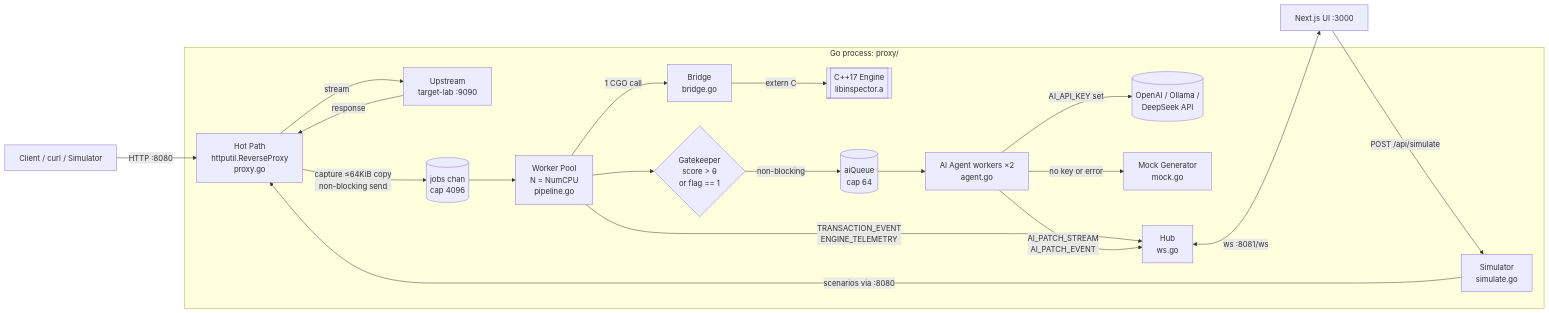
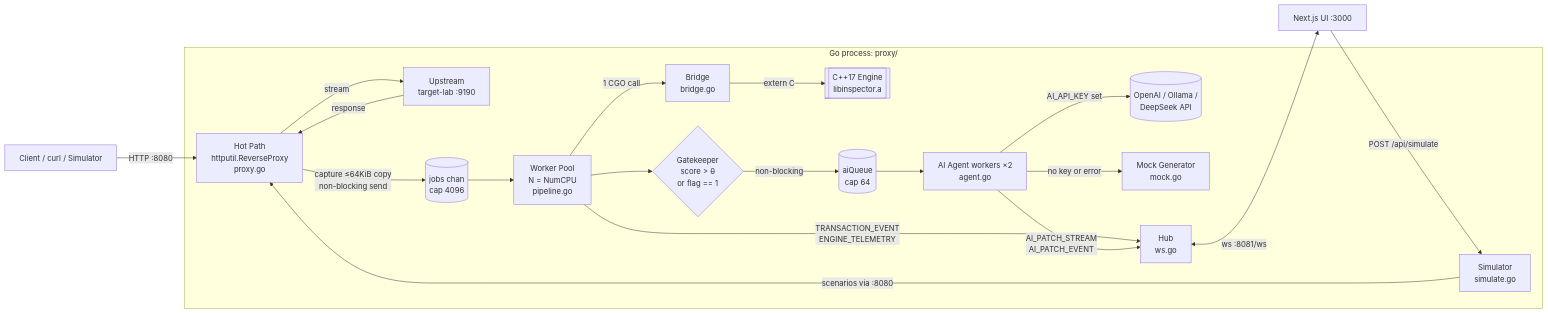
Before and after one commit to fzrilsh/nerchimera: the first of 3 diagrams in .kiro/specs/netchimera/design.md, drawn with Mermaid. The commit also changed other lines of this file and 18 other files, not shown here.

````diff
--- a/.kiro/specs/netchimera/design.md
+++ b/.kiro/specs/netchimera/design.md
@@ -36,24 +36,24 @@
 ```mermaid
 flowchart LR
     C[Client / curl / Simulator] -->|HTTP :8080| HP
 
     subgraph PROXY["Go process: proxy/"]
         HP[Hot Path<br/>httputil.ReverseProxy<br/>proxy.go] -->|stream| UP
         HP -->|capture ≤64KiB copy<br/>non-blocking send| JQ[(jobs chan<br/>cap 4096)]
         JQ --> WP[Worker Pool<br/>N = NumCPU<br/>pipeline.go]
         WP -->|1 CGO call| BR[Bridge<br/>bridge.go]
         BR -->|extern C| EN[[C++17 Engine<br/>libinspector.a]]
         WP --> GK{Gatekeeper<br/>score > θ<br/>or flag == 1}
         GK -->|non-blocking| AQ[(aiQueue<br/>cap 64)]
         AQ --> AG[AI Agent workers ×2<br/>agent.go]
         AG -->|AI_API_KEY set| LLM[(OpenAI / Ollama /<br/>DeepSeek API)]
         AG -->|no key or error| MK[Mock Generator<br/>mock.go]
         WP -->|TRANSACTION_EVENT<br/>ENGINE_TELEMETRY| HUB[Hub<br/>ws.go]
         AG -->|AI_PATCH_STREAM<br/>AI_PATCH_EVENT| HUB
         SIM[Simulator<br/>simulate.go] -->|scenarios via :8080| HP
     end
 
-    UP[Upstream<br/>target-lab :9090] -->|response| HP
+    UP[Upstream<br/>target-lab :9190] -->|response| HP
     HUB <-->|ws :8081/ws| UI[Next.js UI :3000]
     UI -->|POST /api/simulate| SIM
 ```
````
